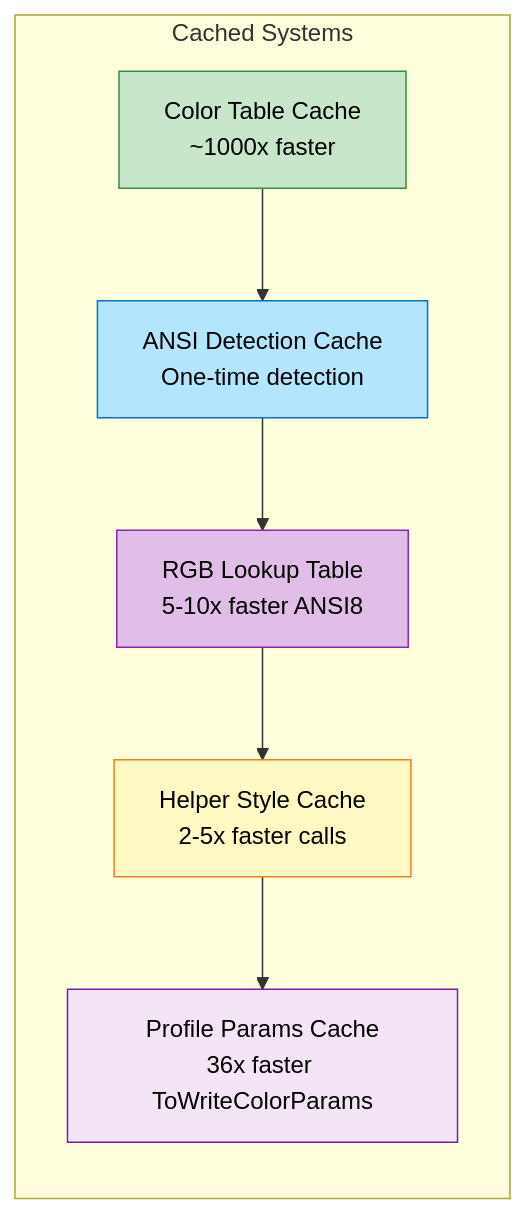
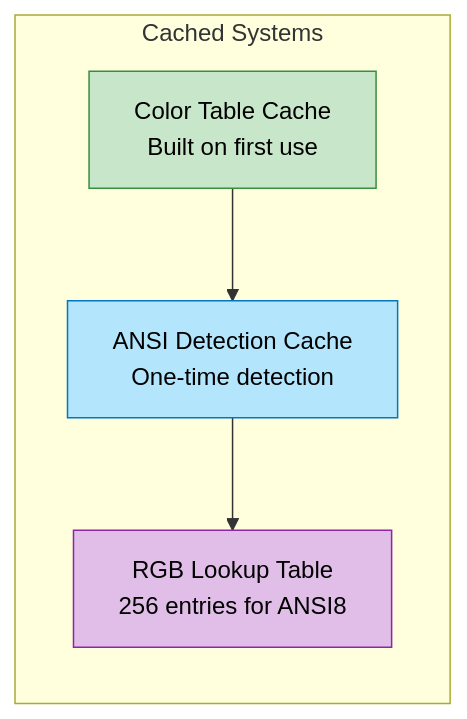
Before and after one commit to MarkusMcNugen/PSWriteColorEX: the second of 2 diagrams in Docs/Public/Write-ColorEX.md, drawn with Mermaid. The commit also changed other lines of this file and 10 other files, not shown here.

````diff
--- a/Docs/Public/Write-ColorEX.md
+++ b/Docs/Public/Write-ColorEX.md
@@ -660,15 +663,11 @@
 ```mermaid
 graph LR
     subgraph "Cached Systems"
-        A[Color Table Cache<br/>~1000x faster] --> B[ANSI Detection Cache<br/>One-time detection]
-        B --> C[RGB Lookup Table<br/>5-10x faster ANSI8]
-        C --> D[Helper Style Cache<br/>2-5x faster calls]
-        D --> E[Profile Params Cache<br/>36x faster ToWriteColorParams]
+        A[Color Table Cache<br/>Built on first use] --> B[ANSI Detection Cache<br/>One-time detection]
+        B --> C[RGB Lookup Table<br/>256 entries for ANSI8]
     end
 
     style A fill:#c8e6c9,stroke:#388e3c,color:#000
     style B fill:#b3e5fc,stroke:#0277bd,color:#000
     style C fill:#e1bee7,stroke:#8e24aa,color:#000
-    style D fill:#fff9c4,stroke:#f57f17,color:#000
-    style E fill:#f3e5f5,stroke:#7b1fa2,color:#000
 ```
````
